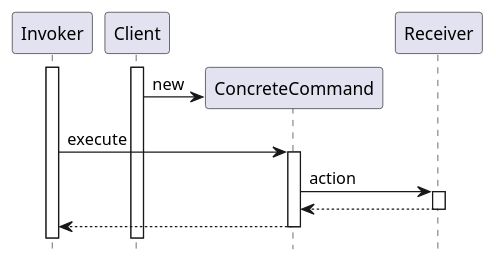
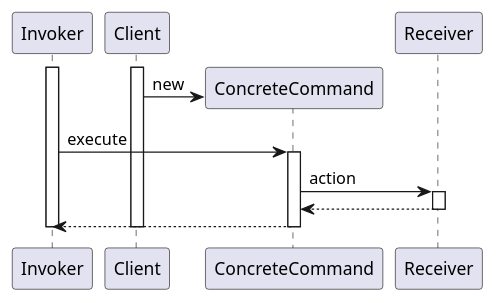
One commit to windowforsun/blog changed the diagram in plantuml/designpattern/concept-command-2.plantuml. Above: the diagram before and after it, drawn with PlantUML. The commit also changed 1 other file, not shown here.

```diff
--- a/plantuml/designpattern/concept-command-2.plantuml
+++ b/plantuml/designpattern/concept-command-2.plantuml
@@ -1,23 +1,23 @@
 @startuml
 
 participant Invoker
 participant Client
 
-hide footbox
+'hide footbox
 
 activate Invoker
 activate Client
 create ConcreteCommand
 Client -> ConcreteCommand : new
 Invoker -> ConcreteCommand : execute
 activate ConcreteCommand
 ConcreteCommand -> Receiver : action
 activate Receiver
 ConcreteCommand <-- Receiver
 deactivate Receiver
 Invoker <-- ConcreteCommand
 deactivate ConcreteCommand
-'deactivate Client
-'deactivate Invoker
+deactivate Client
+deactivate Invoker
 
 @enduml
```
